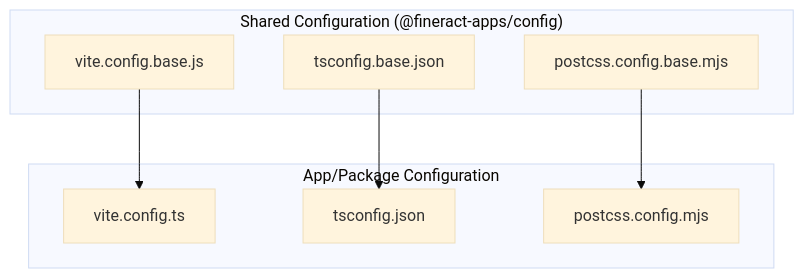
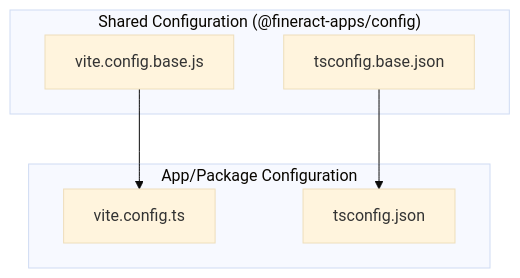
Before and after one commit to ADORSYS-GIS/fineract-apps: the second of 3 diagrams in docs/architecture-guide.md, drawn with Mermaid (base theme). The commit also changed 10 other files, not shown here.

Commit message:
feat: migrate to Tailwind CSS v4 Vite plugin and remove PostCSS

````diff
--- a/docs/architecture-guide.md
+++ b/docs/architecture-guide.md
@@ -38,18 +38,15 @@
 ```mermaid
 graph TD;
     subgraph "Shared Configuration (@fineract-apps/config)"
         BaseVite[vite.config.base.js]
         BaseTS[tsconfig.base.json]
-        BasePostCSS[postcss.config.base.mjs]
     end
 
     subgraph "App/Package Configuration"
         AppVite[vite.config.ts]
         AppTS[tsconfig.json]
-        AppPostCSS[postcss.config.mjs]
     end
 
     BaseVite --> AppVite;
     BaseTS --> AppTS;
-    BasePostCSS --> AppPostCSS;
 ```
````
